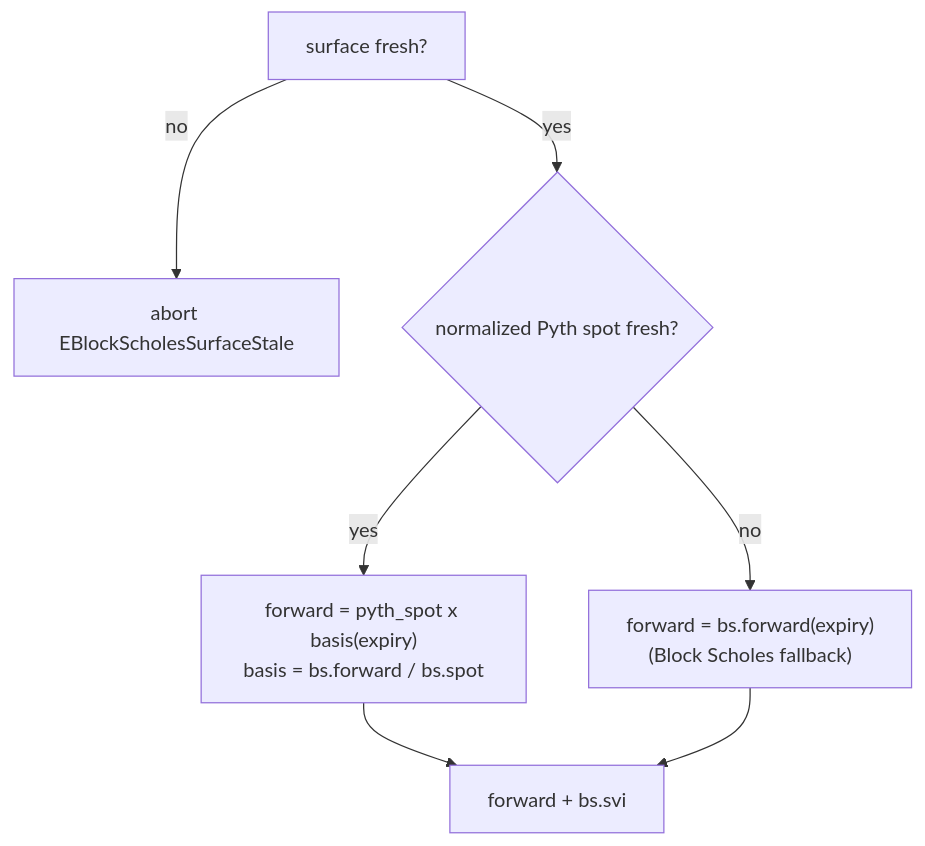
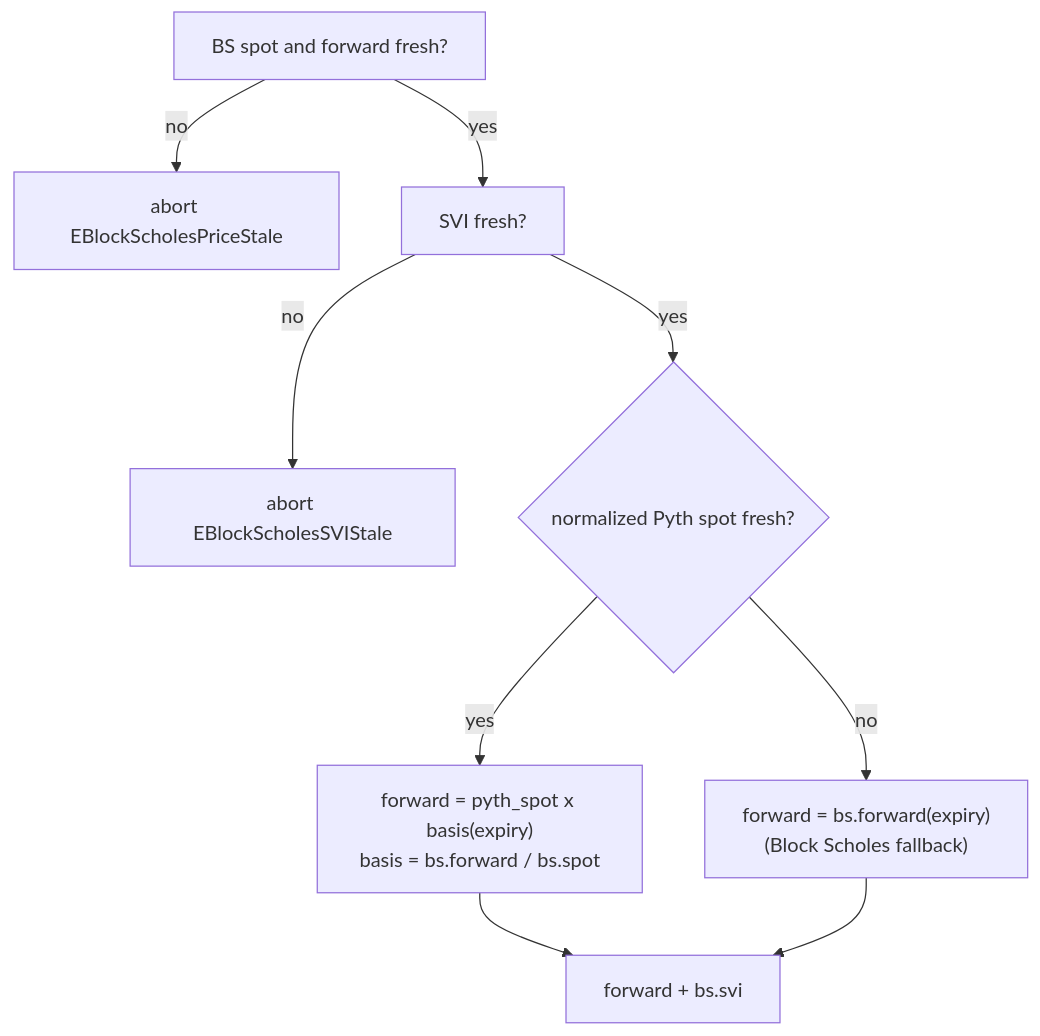
The diagram in packages/predict/docs/concepts/pricing-and-oracles.md (MystenLabs/deepbookv3), drawn with Mermaid before and after one commit. The commit also changed other lines of this file and 23 other files, not shown here.

````diff
--- a/packages/predict/docs/concepts/pricing-and-oracles.md
+++ b/packages/predict/docs/concepts/pricing-and-oracles.md
@@ -85,9 +89,11 @@
 ```mermaid
 flowchart TD
-    A[surface fresh?] -- no --> X[abort EBlockScholesSurfaceStale]
-    A -- yes --> B{normalized Pyth spot fresh?}
+    A[BS spot and forward fresh?] -- no --> X[abort EBlockScholesPriceStale]
+    A -- yes --> S[SVI fresh?]
+    S -- no --> Y[abort EBlockScholesSVIStale]
+    S -- yes --> B{normalized Pyth spot fresh?}
     B -- yes --> C["forward = pyth_spot x basis(expiry)<br/>basis = bs.forward / bs.spot"]
     B -- no --> D["forward = bs.forward(expiry)<br/>(Block Scholes fallback)"]
     C --> E[forward + bs.svi]
     D --> E
 ```
````
